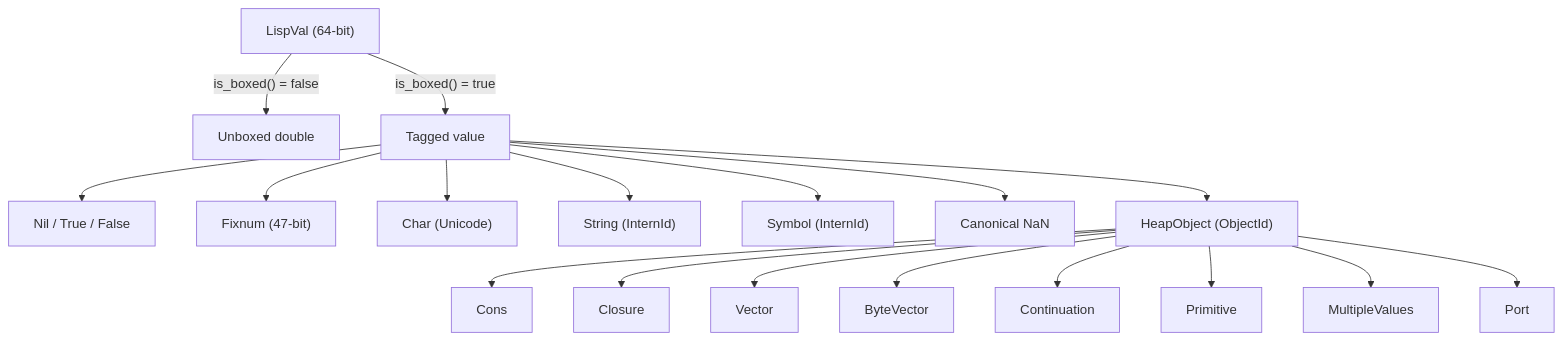
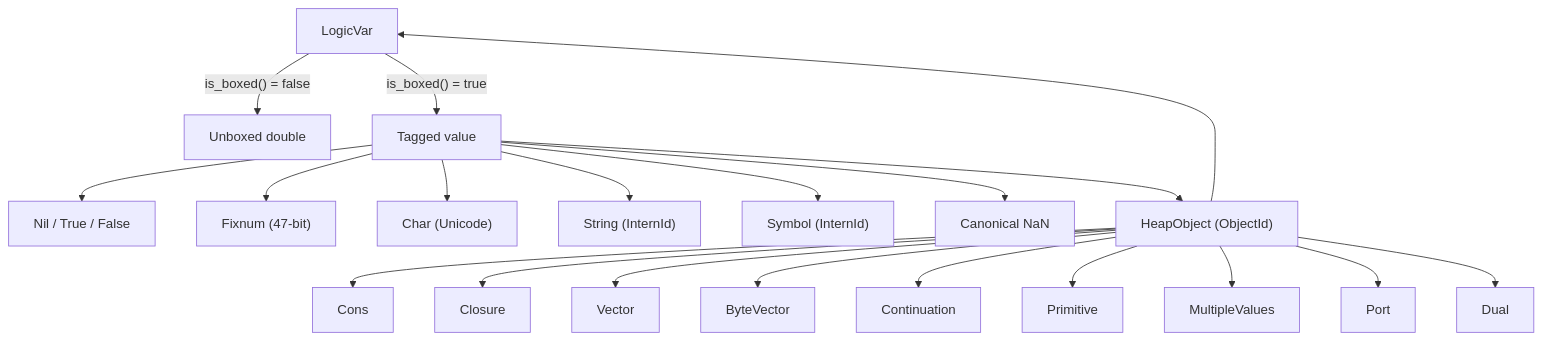
One commit to lewismj/eta changed the first of 4 diagrams in docs/runtime.md. Above: the diagram before and after it, drawn with Mermaid. The commit also changed other lines of this file and 2 other files, not shown here.

````diff
--- a/docs/runtime.md
+++ b/docs/runtime.md
@@ -28,21 +28,23 @@
 ```mermaid
 graph TD
     LV["LispVal (64-bit)"]
     LV --> |"is_boxed() = false"| DBL["Unboxed double"]
     LV --> |"is_boxed() = true"| BOX["Tagged value"]
     BOX --> NIL["Nil / True / False"]
     BOX --> FIX["Fixnum (47-bit)"]
     BOX --> CHR["Char (Unicode)"]
     BOX --> STR["String (InternId)"]
     BOX --> SYM["Symbol (InternId)"]
     BOX --> NAN["Canonical NaN"]
     BOX --> HO["HeapObject (ObjectId)"]
     HO --> CONS["Cons"]
     HO --> CLOS["Closure"]
     HO --> VEC["Vector"]
     HO --> BV["ByteVector"]
     HO --> CONT["Continuation"]
     HO --> PRIM["Primitive"]
     HO --> MV["MultipleValues"]
     HO --> PORT["Port"]
+    HO --> LV["LogicVar"]
+    HO --> DUAL["Dual"]
 ```
````
